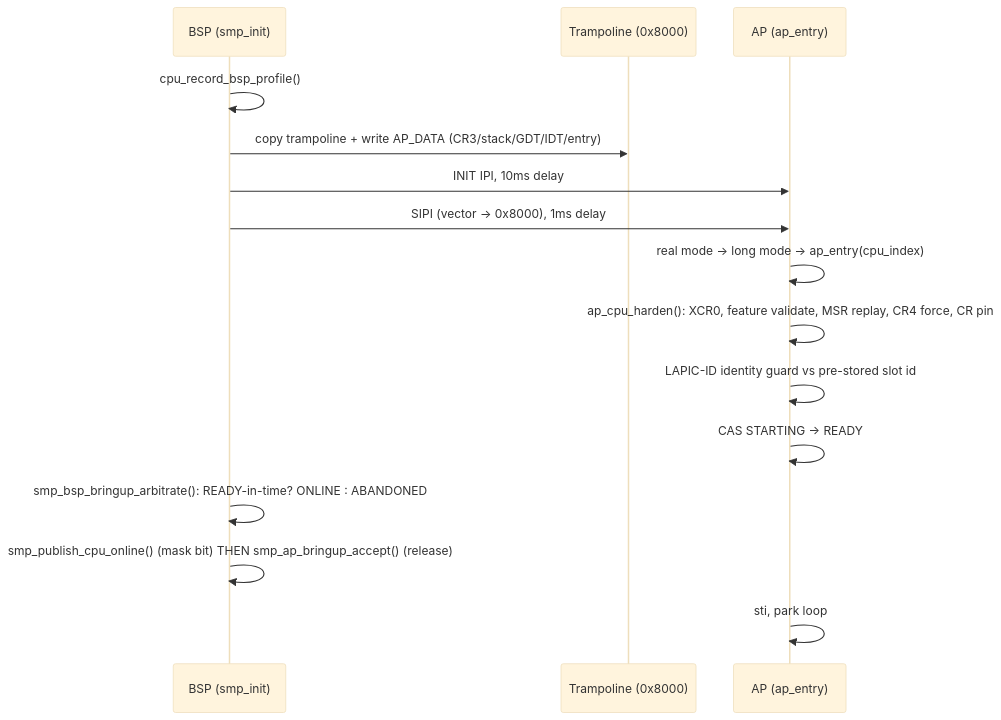
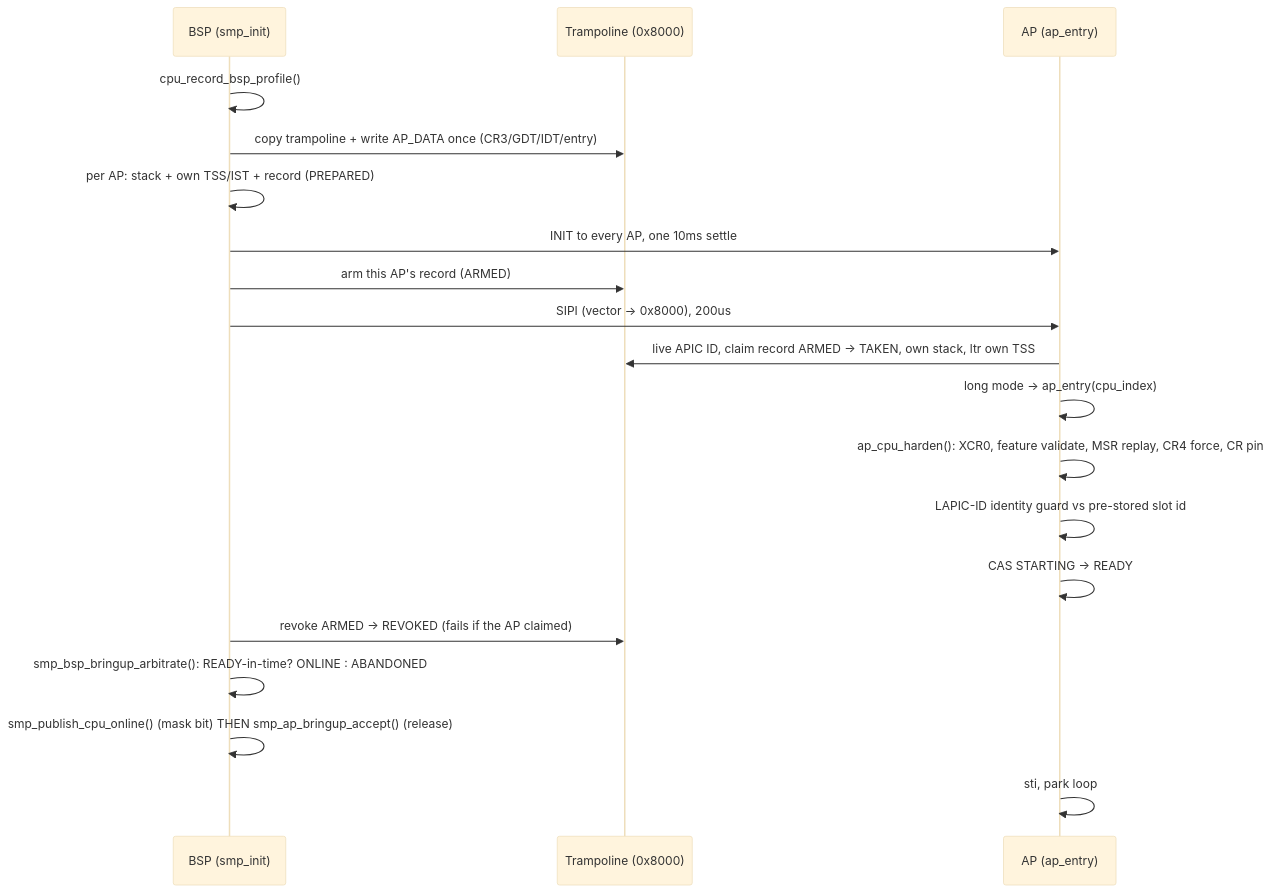
One commit to rizonesoft/impossible-os changed the diagram in docs/boot/cpu-boot-sequencing.md. Above: the diagram before and after it, drawn with Mermaid (base theme). The commit also changed other lines of this file and 18 other files, not shown here.

First line of the commit message:
smp: AP bringup records, per-CPU TSS + IST, phase-split INIT/SIPI (TODO-09 section 10)

````diff
--- a/docs/boot/cpu-boot-sequencing.md
+++ b/docs/boot/cpu-boot-sequencing.md
@@ -16,17 +16,21 @@
 ```mermaid
 sequenceDiagram
   participant BSP as BSP (smp_init)
   participant Tramp as Trampoline (0x8000)
   participant AP as AP (ap_entry)
   BSP->>BSP: cpu_record_bsp_profile()
-  BSP->>Tramp: copy trampoline + write AP_DATA (CR3/stack/GDT/IDT/entry)
-  BSP->>AP: INIT IPI, 10ms delay
-  BSP->>AP: SIPI (vector -> 0x8000), 1ms delay
-  AP->>AP: real mode -> long mode -> ap_entry(cpu_index)
+  BSP->>Tramp: copy trampoline + write AP_DATA once (CR3/GDT/IDT/entry)
+  BSP->>BSP: per AP: stack + own TSS/IST + record (PREPARED)
+  BSP->>AP: INIT to every AP, one 10ms settle
+  BSP->>Tramp: arm this AP's record (ARMED)
+  BSP->>AP: SIPI (vector -> 0x8000), 200us
+  AP->>Tramp: live APIC ID, claim record ARMED -> TAKEN, own stack, ltr own TSS
+  AP->>AP: long mode -> ap_entry(cpu_index)
   AP->>AP: ap_cpu_harden(): XCR0, feature validate, MSR replay, CR4 force, CR pin
   AP->>AP: LAPIC-ID identity guard vs pre-stored slot id
   AP->>AP: CAS STARTING -> READY
+  BSP->>Tramp: revoke ARMED -> REVOKED (fails if the AP claimed)
   BSP->>BSP: smp_bsp_bringup_arbitrate(): READY-in-time? ONLINE : ABANDONED
   BSP->>BSP: smp_publish_cpu_online() (mask bit) THEN smp_ap_bringup_accept() (release)
   AP->>AP: sti, park loop
 ```
````
